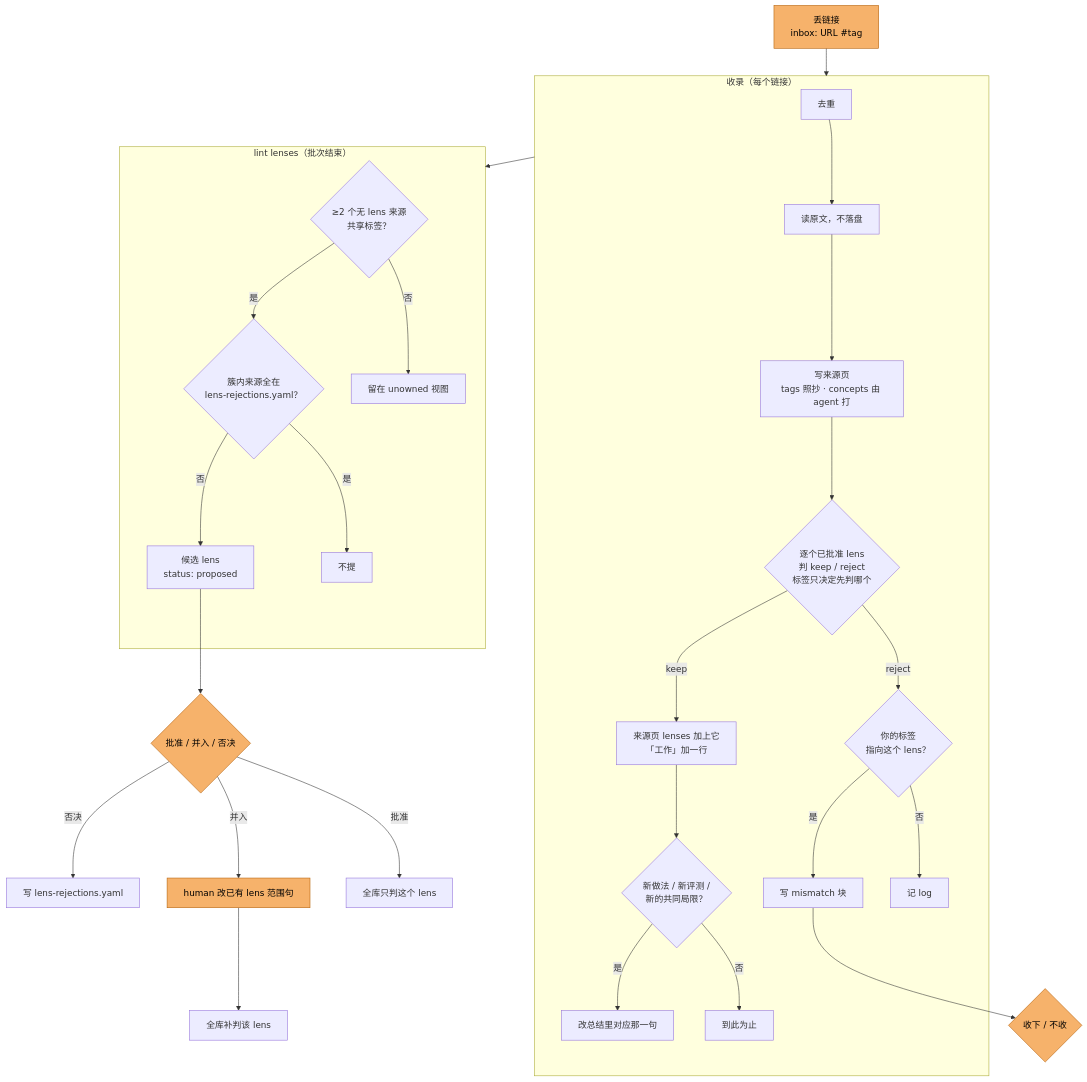
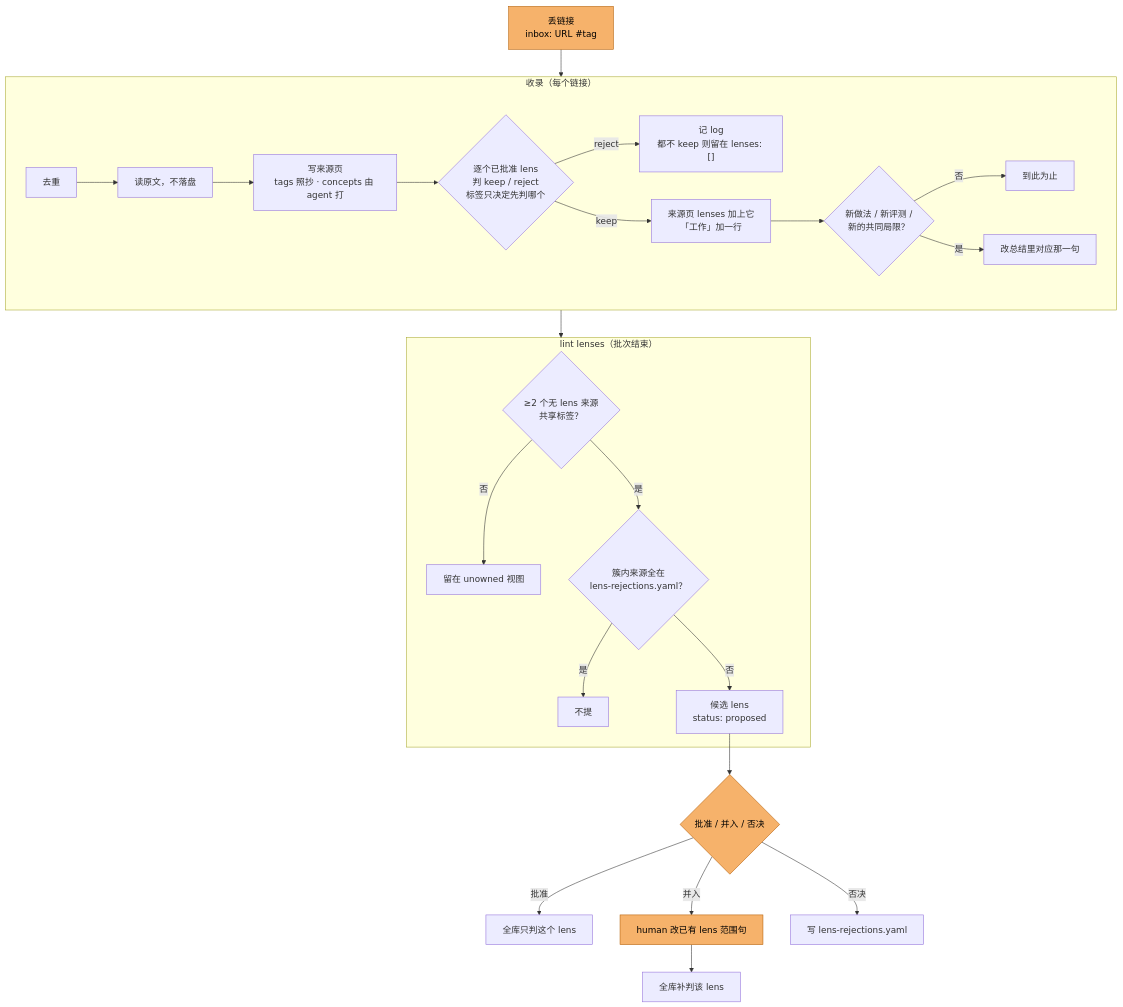
Before and after one commit to ZJLi2013/exocortex: the diagram in docs/design.md, drawn with Mermaid. The commit also changed other lines of this file and 9 other files, not shown here.

First line of the commit message:
Judge tag-content mismatches by content without waiting for human arbitration (#26)

````diff
--- a/docs/design.md
+++ b/docs/design.md
@@ -11,28 +11,25 @@
 ```mermaid
 flowchart TD
     drop["丢链接<br/>inbox: URL #tag"]:::human --> ingest
     subgraph ingest["收录（每个链接）"]
         dedupe[去重] --> read[读原文，不落盘] --> page["写来源页<br/>tags 照抄 · concepts 由 agent 打"]
         page --> judge{"逐个已批准 lens<br/>判 keep / reject<br/>标签只决定先判哪个"}
-        judge -- reject --> tagged{"你的标签<br/>指向这个 lens？"}
-        tagged -- 否 --> log1[记 log]
-        tagged -- 是 --> mismatch["写 mismatch 块"]
+        judge -- reject --> log1["记 log<br/>都不 keep 则留在 lenses: []"]
         judge -- keep --> owned["来源页 lenses 加上它<br/>「工作」加一行"]
         owned --> summary{"新做法 / 新评测 /<br/>新的共同局限？"}
         summary -- 否 --> done[到此为止]
         summary -- 是 --> rewrite["改总结里对应那一句"]
     end
     ingest --> lint
     subgraph lint["lint lenses（批次结束）"]
         cluster{"≥2 个无 lens 来源<br/>共享标签？"} -- 否 --> nolens[留在 unowned 视图]
         cluster -- 是 --> rejected{"簇内来源全在<br/>lens-rejections.yaml？"}
         rejected -- 是 --> skip[不提]
         rejected -- 否 --> proposed["候选 lens<br/>status: proposed"]
     end
     proposed --> decide{"批准 / 并入 / 否决"}:::human
     decide -- 批准 --> rejudge["全库只判这个 lens"]
     decide -- 并入 --> scope["human 改已有 lens 范围句"]:::human --> rejudge2[全库补判该 lens]
     decide -- 否决 --> reject["写 lens-rejections.yaml"]
-    mismatch --> keepit{"收下 / 不收"}:::human
     classDef human fill:#f6b26b,stroke:#b45f06,color:#000
 ```
````
